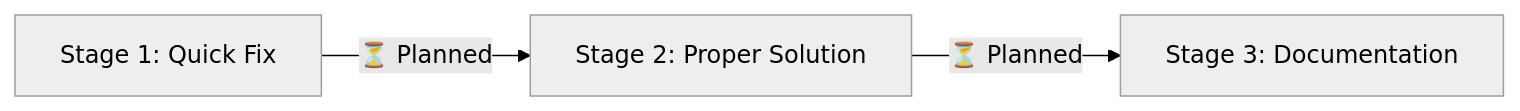
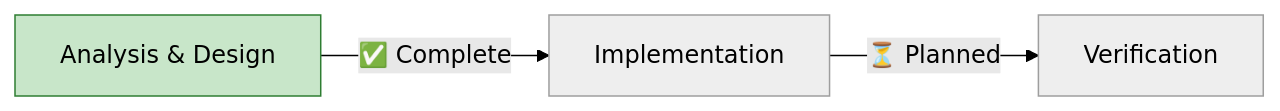
Before and after one commit to info-tech-io/hugo-templates: the diagram in docs/proposals/27-fix-ci-npm-configuration/progress.md, drawn with Mermaid (forest theme). The commit also changed other lines of this file and 1 other file, not shown here.

First line of the commit message:
docs(issue-27): update documentation with correct root cause analysis

````diff
--- a/docs/proposals/27-fix-ci-npm-configuration/progress.md
+++ b/docs/proposals/27-fix-ci-npm-configuration/progress.md
@@ -5,13 +5,13 @@
 ```mermaid
 graph LR
-    A[Stage 1: Quick Fix] -->|⏳ Planned| B[Stage 2: Proper Solution]
-    B -->|⏳ Planned| C[Stage 3: Documentation]
+    A[Analysis & Design] -->|✅ Complete| B[Implementation]
+    B -->|⏳ Planned| C[Verification]
 
-    style A fill:#eeeeee,stroke:#9e9e9e
+    style A fill:#c8e6c9,stroke:#2e7d32
     style B fill:#eeeeee,stroke:#9e9e9e
     style C fill:#eeeeee,stroke:#9e9e9e
 
-    click A "design.md#stage-1-quick-fix-implementation"
-    click B "design.md#stage-2-proper-solution-implementation"
-    click C "design.md#stage-3-documentation--validation"
+    click A "design.md"
+    click B "design.md#implementation-plan"
+    click C "design.md#verification--testing"
 ```
````
